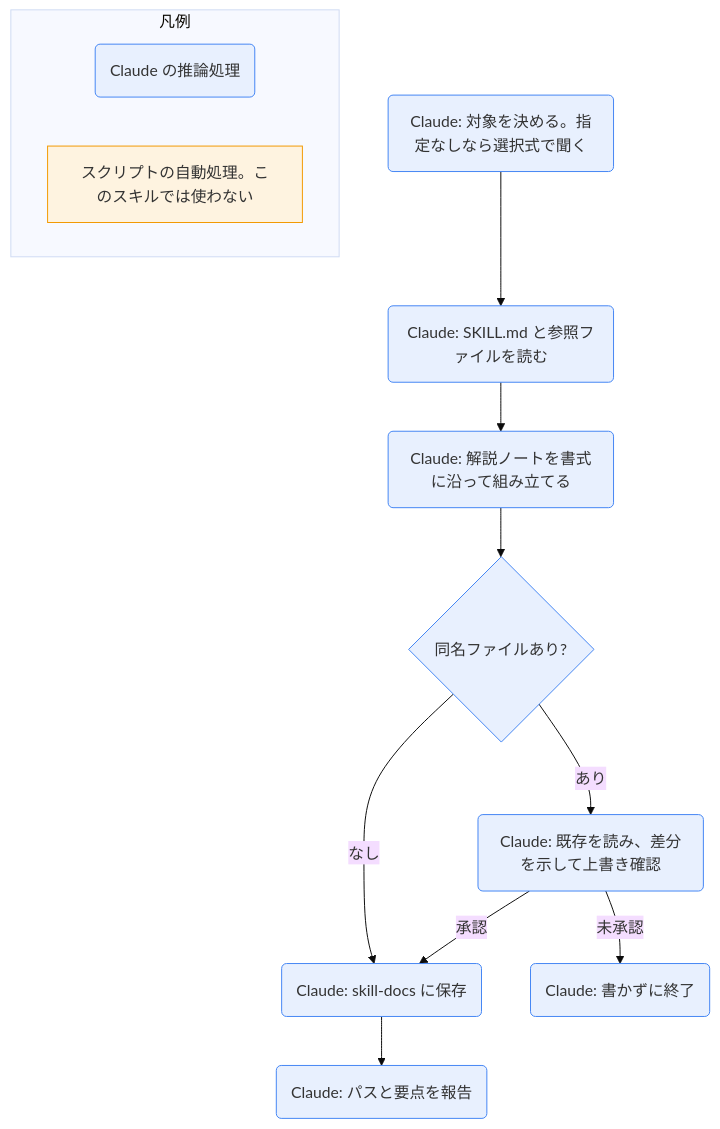
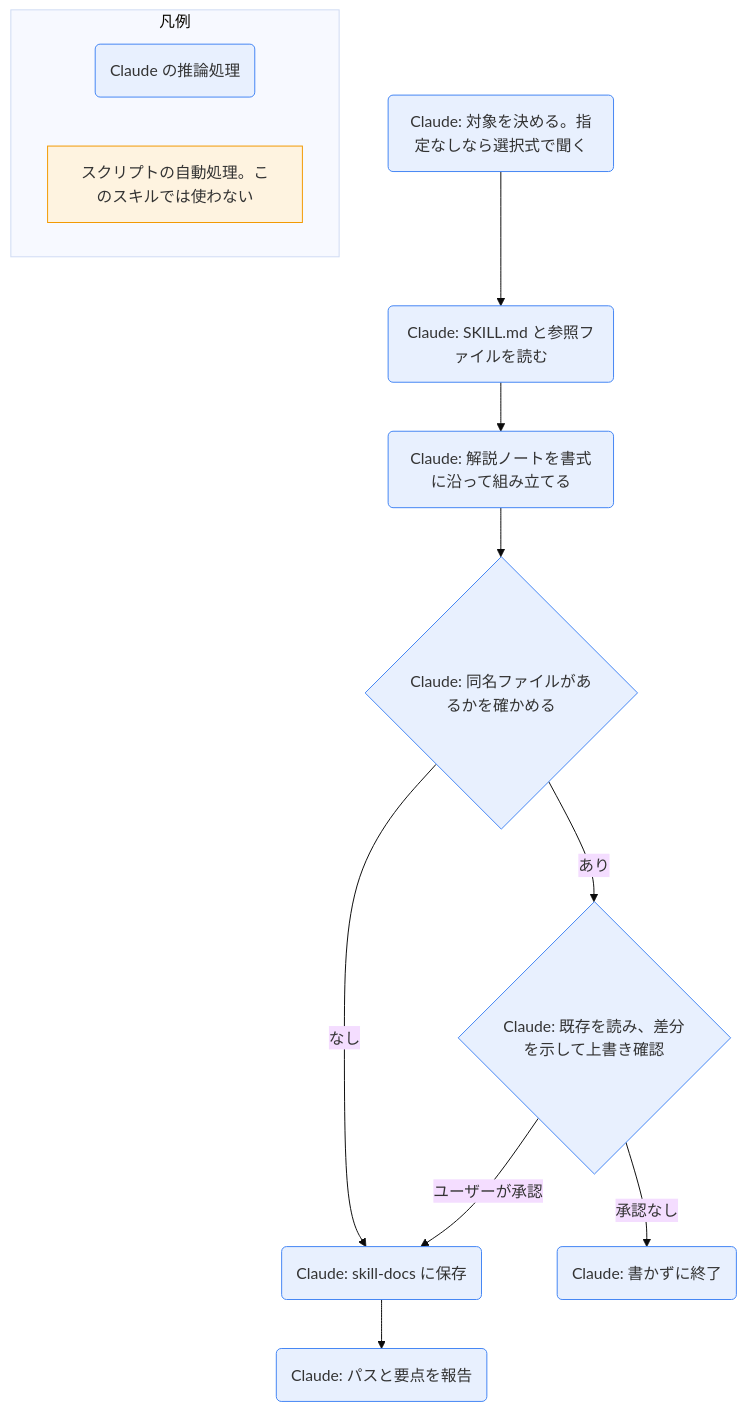
Before and after one commit to asama0101/obsidian-claude: the diagram in 90_system/skill-docs/skill-explain.md, drawn with Mermaid (base theme). The commit also changed other lines of this file and 63 other files, not shown here.

````diff
--- a/90_system/skill-docs/skill-explain.md
+++ b/90_system/skill-docs/skill-explain.md
@@ -29,18 +29,18 @@
 ```mermaid
 flowchart TD
   A(Claude: 対象を決める。指定なしなら選択式で聞く) --> B(Claude: SKILL.md と参照ファイルを読む)
   B --> C(Claude: 解説ノートを書式に沿って組み立てる)
-  C --> D{同名ファイルあり?}
+  C --> D{Claude: 同名ファイルがあるかを確かめる}
   D -- なし --> F(Claude: skill-docs に保存)
-  D -- あり --> E(Claude: 既存を読み、差分を示して上書き確認)
-  E -- 承認 --> F
-  E -- 未承認 --> G(Claude: 書かずに終了)
+  D -- あり --> E{Claude: 既存を読み、差分を示して上書き確認}
+  E -- ユーザーが承認 --> F
+  E -- 承認なし --> G(Claude: 書かずに終了)
   F --> H(Claude: パスと要点を報告)
   classDef ai fill:#e8f0fe,stroke:#4285f4
   classDef sc fill:#fef3e0,stroke:#f29900
   class A,B,C,D,E,F,G,H ai
   subgraph 凡例
     L1(Claude の推論処理):::ai
     L2[スクリプトの自動処理。このスキルでは使わない]:::sc
   end
 ```
````
